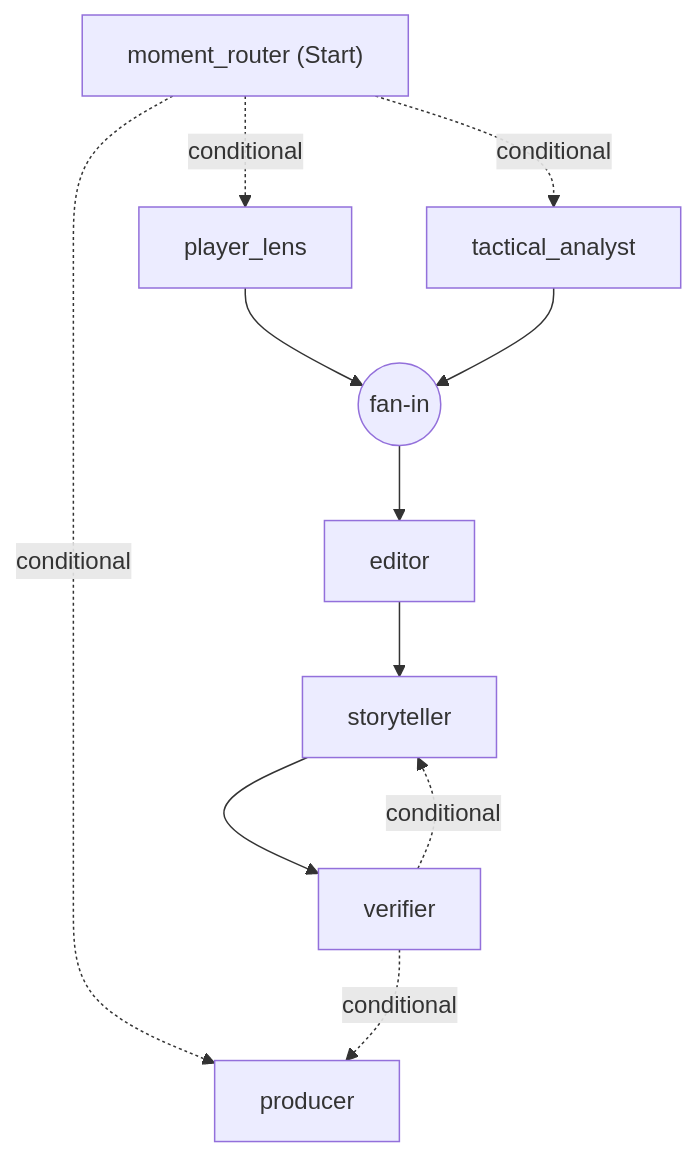
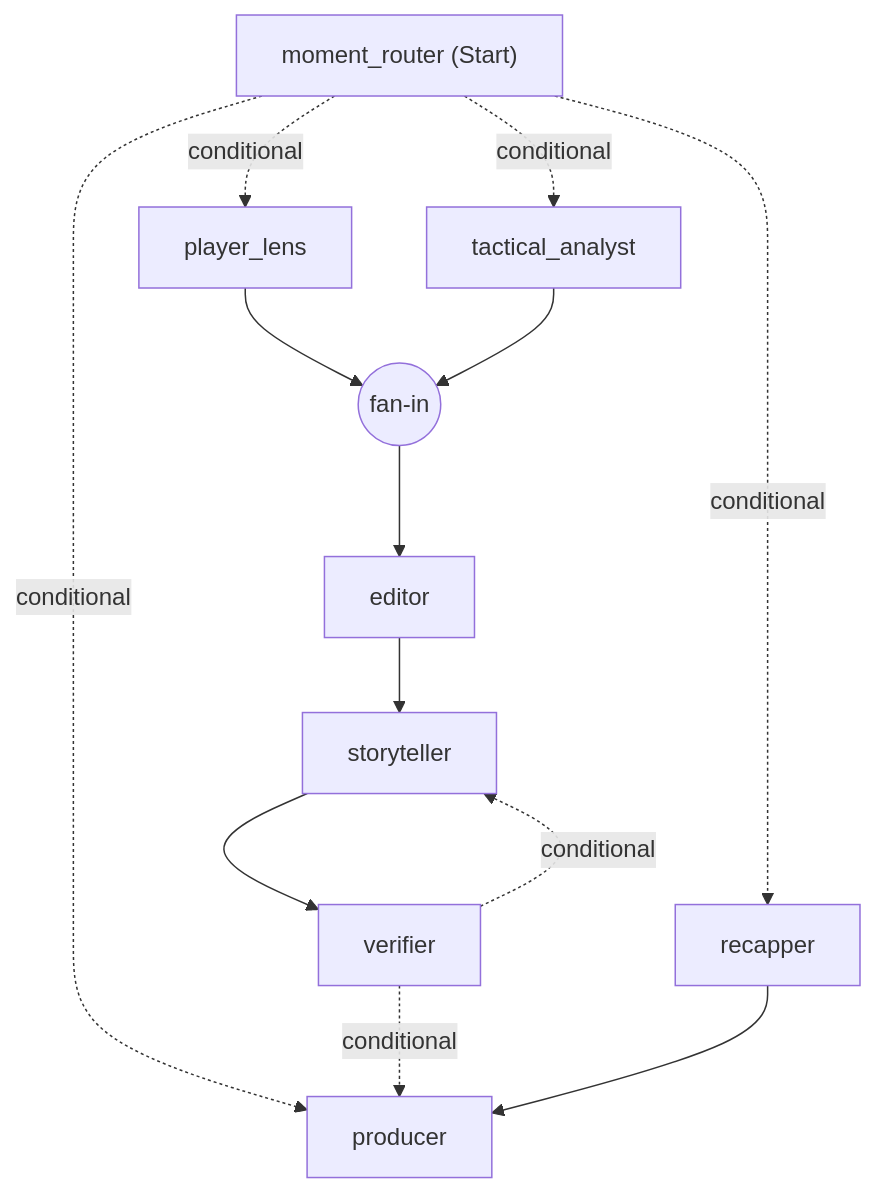
One commit to tarvitamm/Databall-Live changed the diagram in README.md. Above: the diagram before and after it, drawn with Mermaid. The commit also changed other lines of this file, not shown here.

````diff
--- a/README.md
+++ b/README.md
@@ -68,21 +74,24 @@
 ```mermaid
 flowchart TD
   moment_router["moment_router (Start)"];
   tactical_analyst["tactical_analyst"];
   player_lens["player_lens"];
   producer["producer"];
+  recapper["recapper"];
   editor["editor"];
   storyteller["storyteller"];
   verifier["verifier"];
   fan_in__editor__dfe85a92((fan-in))
   player_lens --> fan_in__editor__dfe85a92;
   tactical_analyst --> fan_in__editor__dfe85a92;
   fan_in__editor__dfe85a92 --> editor;
   moment_router -. conditional .-> tactical_analyst;
   moment_router -. conditional .-> player_lens;
   moment_router -. conditional .-> producer;
+  moment_router -. conditional .-> recapper;
   editor --> storyteller;
   storyteller --> verifier;
   verifier -. conditional .-> storyteller;
   verifier -. conditional .-> producer;
+  recapper --> producer;
 ```
````
